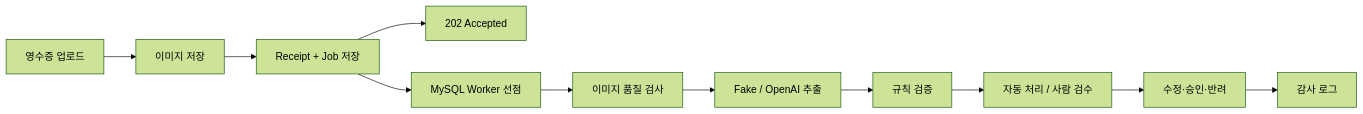
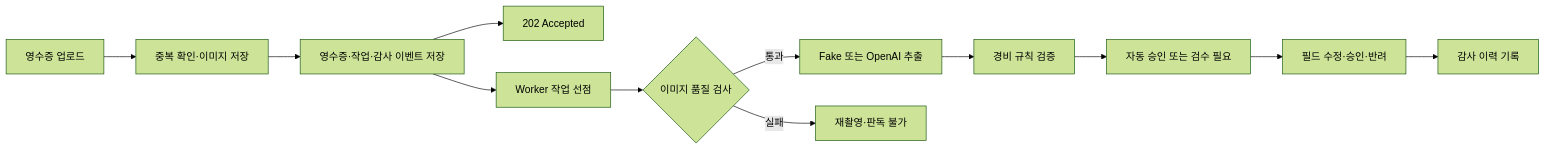
Before and after one commit to firsttimeman/receipt-expense-review: the diagram in README.md, drawn with Mermaid (forest theme). The commit also changed other lines of this file and 165 other files, not shown here.

````diff
--- a/README.md
+++ b/README.md
@@ -69,13 +32,14 @@
 ```mermaid
 flowchart LR
-    A["영수증 업로드"] --> B["이미지 저장"]
-    B --> C["Receipt + Job 저장"]
-    C --> D["202 Accepted"]
-    C --> E["MySQL Worker 선점"]
-    E --> F["이미지 품질 검사"]
-    F --> G["Fake / OpenAI 추출"]
-    G --> H["규칙 검증"]
-    H --> I["자동 처리 / 사람 검수"]
-    I --> J["수정·승인·반려"]
-    J --> K["감사 로그"]
+    A[영수증 업로드] --> B[중복 확인·이미지 저장]
+    B --> C[영수증·작업·감사 이벤트 저장]
+    C --> D[202 Accepted]
+    C --> E[Worker 작업 선점]
+    E --> F{이미지 품질 검사}
+    F -->|통과| G[Fake 또는 OpenAI 추출]
+    F -->|실패| H[재촬영·판독 불가]
+    G --> I[경비 규칙 검증]
+    I --> J[자동 승인 또는 검수 필요]
+    J --> K[필드 수정·승인·반려]
+    K --> L[감사 이력 기록]
 ```
````
